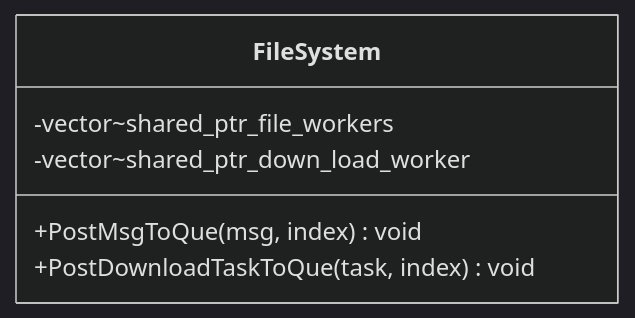
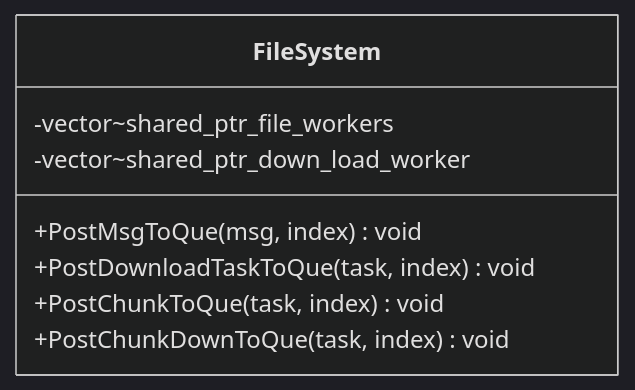
One commit to echo9923/mychatter changed the sixth of 8 diagrams in .qoder/repowiki/zh/content/核心功能模块/文件传输系统/文件传输系统.md. Above: the diagram before and after it, drawn with Mermaid (dark theme). The commit also changed other lines of this file and 132 other files, not shown here.

````diff
--- a/.qoder/repowiki/zh/content/核心功能模块/文件传输系统/文件传输系统.md
+++ b/.qoder/repowiki/zh/content/核心功能模块/文件传输系统/文件传输系统.md
@@ -278,9 +294,11 @@
 ```mermaid
 classDiagram
 class FileSystem {
 -vector~shared_ptr<FileWorker>_file_workers
 -vector~shared_ptr<DownloadWorker>_down_load_worker
 +PostMsgToQue(msg, index) void
 +PostDownloadTaskToQue(task, index) void
++PostChunkToQue(task, index) void
++PostChunkDownToQue(task, index) void
 }
 ```
````
